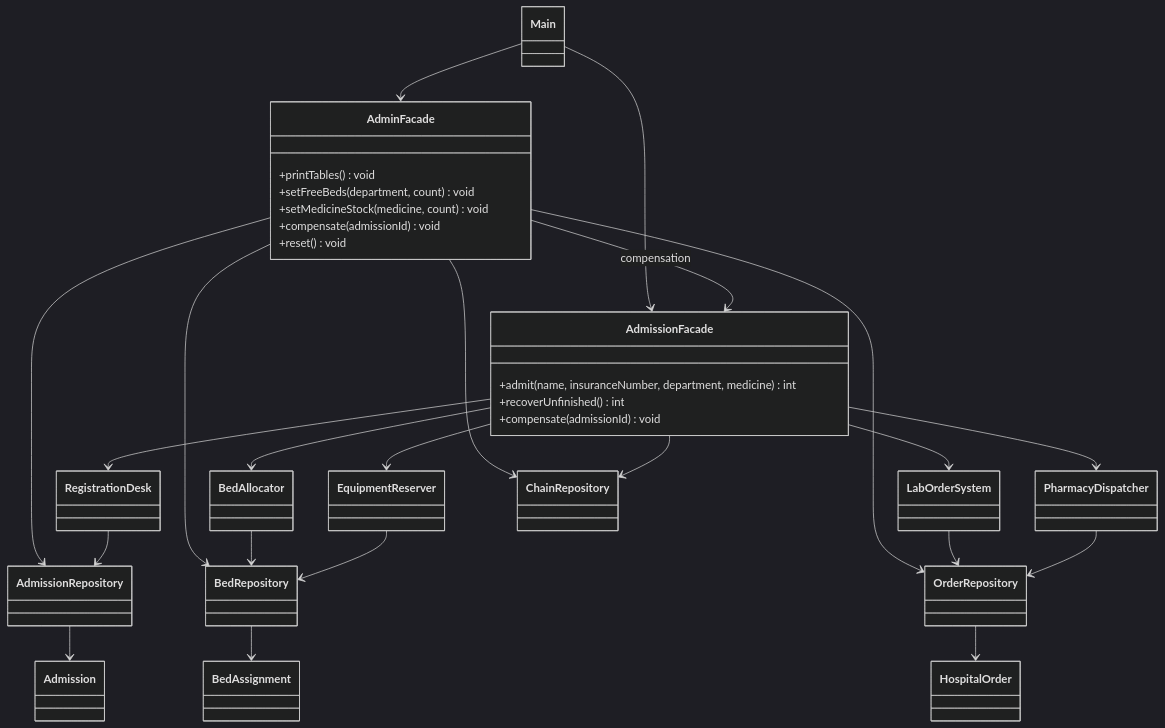
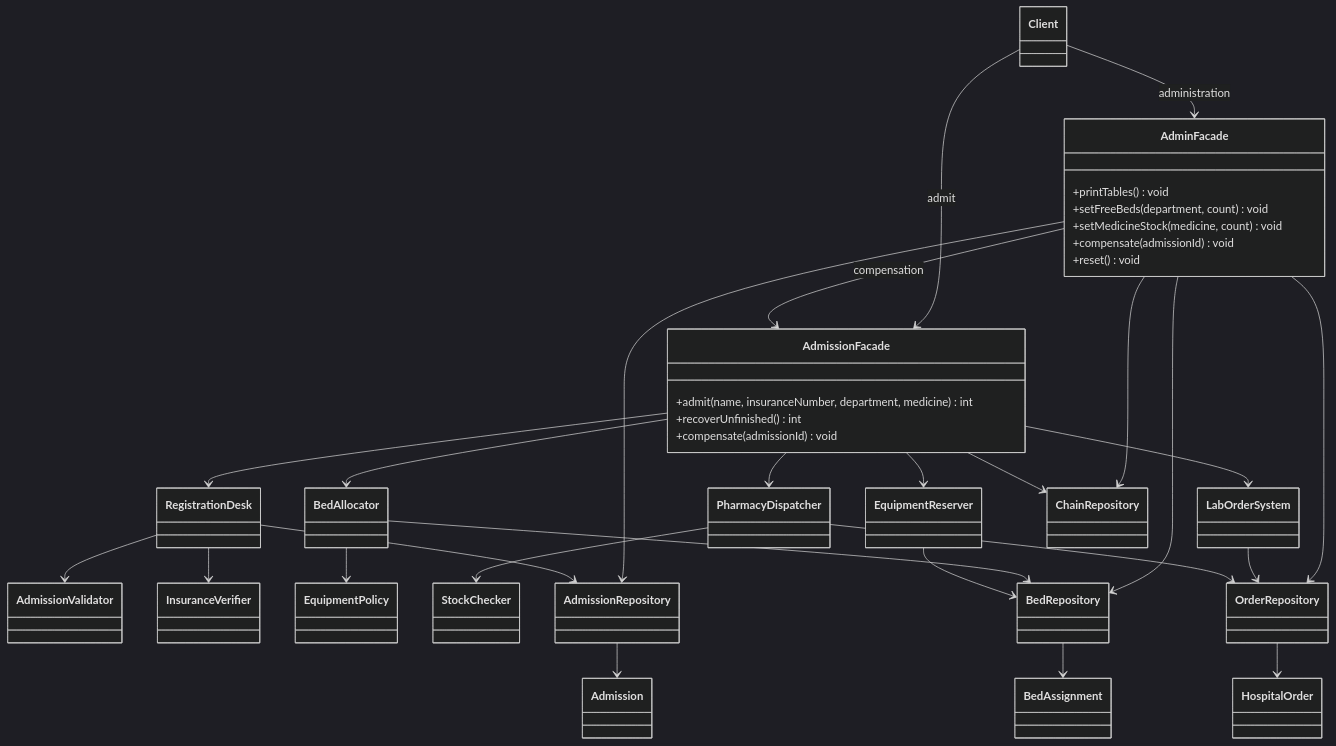
One commit to kalybajnursejt49-coder/hospital-admission changed the first of 6 diagrams in docs/uml.md. Above: the diagram before and after it, drawn with Mermaid (dark theme). The commit also changed other lines of this file and 3 other files, not shown here.

Commit message:
Complete facade comparison and UML documentation

````diff
--- a/docs/uml.md
+++ b/docs/uml.md
@@ -5,49 +5,57 @@
 ```mermaid
 classDiagram
-    class Main
+    class Client
     class AdmissionFacade {
         +admit(name, insuranceNumber, department, medicine) int
         +recoverUnfinished() int
         +compensate(admissionId) void
     }
     class AdminFacade {
         +printTables() void
         +setFreeBeds(department, count) void
         +setMedicineStock(medicine, count) void
         +compensate(admissionId) void
         +reset() void
     }
     class RegistrationDesk
+    class AdmissionValidator
+    class InsuranceVerifier
     class BedAllocator
+    class EquipmentPolicy
     class EquipmentReserver
     class LabOrderSystem
     class PharmacyDispatcher
+    class StockChecker
     class AdmissionRepository
     class BedRepository
     class OrderRepository
     class ChainRepository
     class Admission
     class BedAssignment
     class HospitalOrder
-    Main --> AdmissionFacade
-    Main --> AdminFacade
+    Client --> AdmissionFacade : admit
+    Client --> AdminFacade : administration
     AdminFacade --> AdmissionFacade : compensation
     AdminFacade --> AdmissionRepository
     AdminFacade --> BedRepository
     AdminFacade --> OrderRepository
     AdminFacade --> ChainRepository
     AdmissionFacade --> RegistrationDesk
     AdmissionFacade --> BedAllocator
     AdmissionFacade --> EquipmentReserver
     AdmissionFacade --> LabOrderSystem
     AdmissionFacade --> PharmacyDispatcher
     AdmissionFacade --> ChainRepository
     RegistrationDesk --> AdmissionRepository
+    RegistrationDesk --> AdmissionValidator
+    RegistrationDesk --> InsuranceVerifier
     BedAllocator --> BedRepository
+    BedAllocator --> EquipmentPolicy
     EquipmentReserver --> BedRepository
     LabOrderSystem --> OrderRepository
     PharmacyDispatcher --> OrderRepository
+    PharmacyDispatcher --> StockChecker
     AdmissionRepository --> Admission
     BedRepository --> BedAssignment
     OrderRepository --> HospitalOrder
 ```
````
